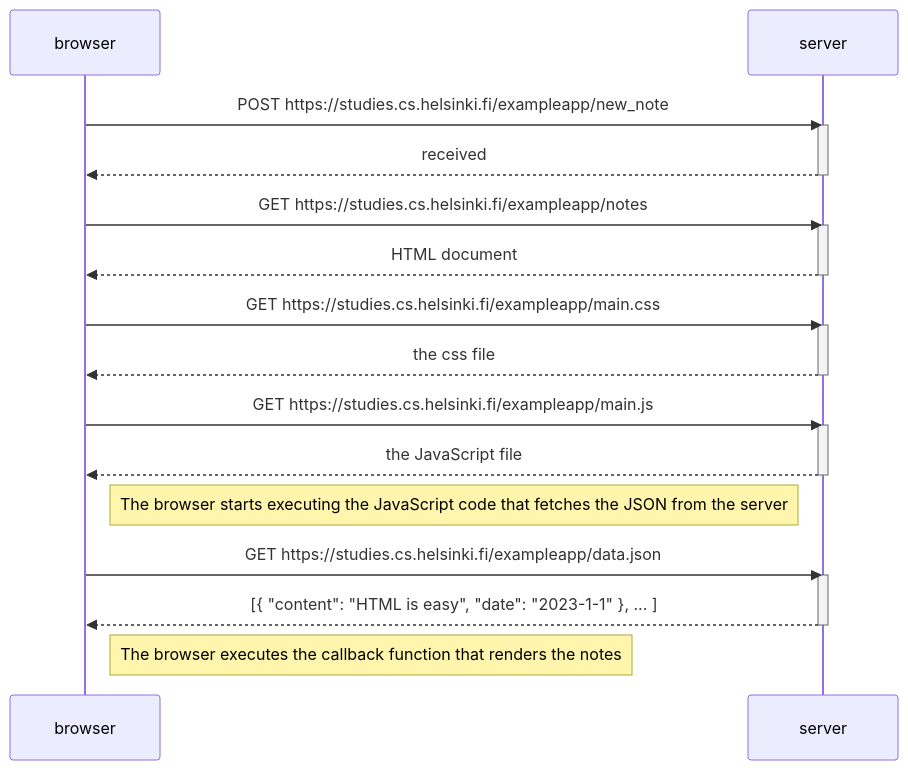
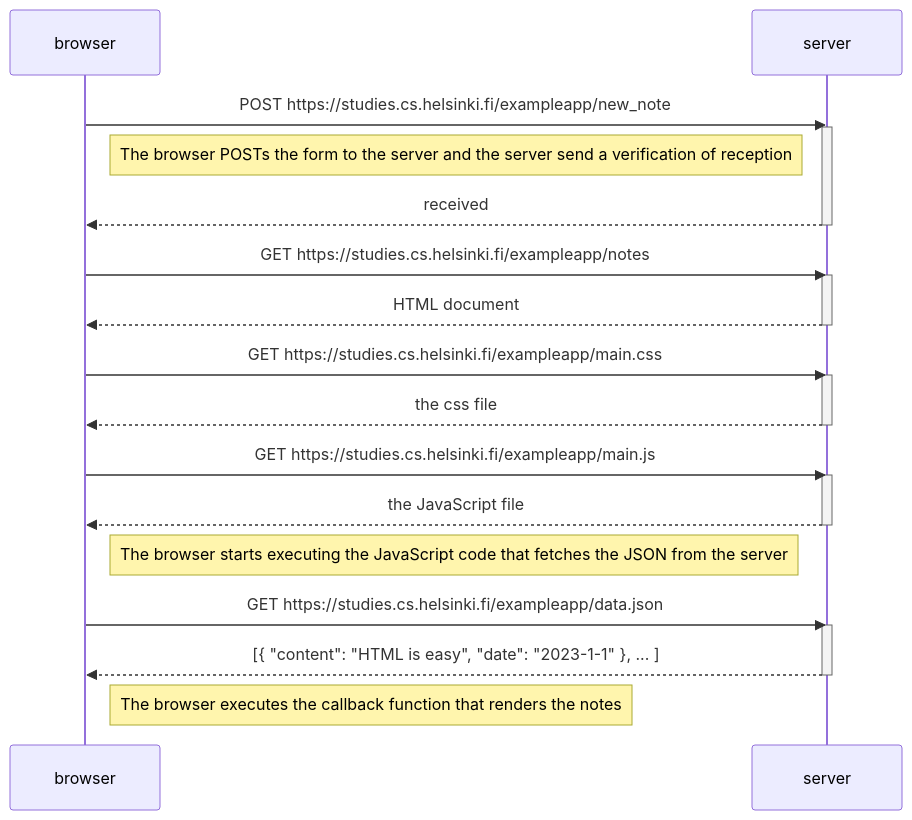
Before and after one commit to VehvilainenPooki/FullstackSubmissions: the diagram in Parts/part 0/0_4: uusi muistiinpano.md, drawn with Mermaid.

Commit message:
Update 0_4: uusi muistiinpano.md

````diff
--- a/Parts/part 0/0_4: uusi muistiinpano.md
+++ b/Parts/part 0/0_4: uusi muistiinpano.md
@@ -3,34 +3,37 @@
 ```mermaid
 sequenceDiagram
     participant browser
     participant server
 
     browser->>server: POST https://studies.cs.helsinki.fi/exampleapp/new_note
     activate server
+
+    Note right of browser: The browser POSTs the form to the server and the server send a verification of reception
+
     server-->>browser: received
     deactivate server
     
     browser->>server: GET https://studies.cs.helsinki.fi/exampleapp/notes
     activate server
     server-->>browser: HTML document
     deactivate server
     
     browser->>server: GET https://studies.cs.helsinki.fi/exampleapp/main.css
     activate server
     server-->>browser: the css file
     deactivate server
     
     browser->>server: GET https://studies.cs.helsinki.fi/exampleapp/main.js
     activate server
     server-->>browser: the JavaScript file
     deactivate server
     
     Note right of browser: The browser starts executing the JavaScript code that fetches the JSON from the server
     
     browser->>server: GET https://studies.cs.helsinki.fi/exampleapp/data.json
     activate server
     server-->>browser: [{ "content": "HTML is easy", "date": "2023-1-1" }, ... ]
     deactivate server    
 
     Note right of browser: The browser executes the callback function that renders the notes 
 ```
````
